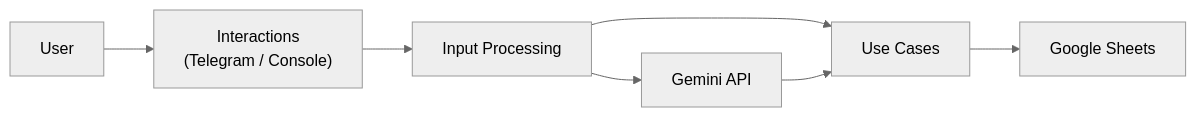
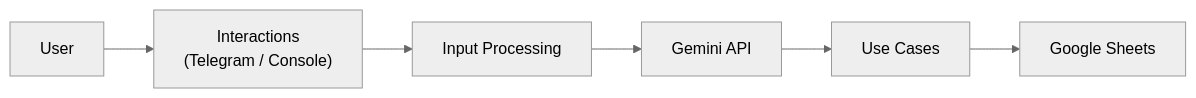
Before and after one commit to Linnod/MyFinanceTracker: the diagram in README.MD, drawn with Mermaid (neutral theme). The commit also changed other lines of this file and 52 other files, not shown here.

````diff
--- a/README.MD
+++ b/README.MD
@@ -20,25 +20,24 @@
 ```mermaid
 flowchart LR
     User["User"]
 
     Interactions["Interactions
     (Telegram / Console)"]
 
     Parser["Input Processing"]
 
     Gemini["Gemini API"]
 
     UseCases["Use Cases"]
 
     Sheets["Google Sheets"]
 
     User --> Interactions
     Interactions --> Parser
 
     Parser --> Gemini
-    Parser --> UseCases
 
     Gemini --> UseCases
 
     UseCases --> Sheets
 ```
````
